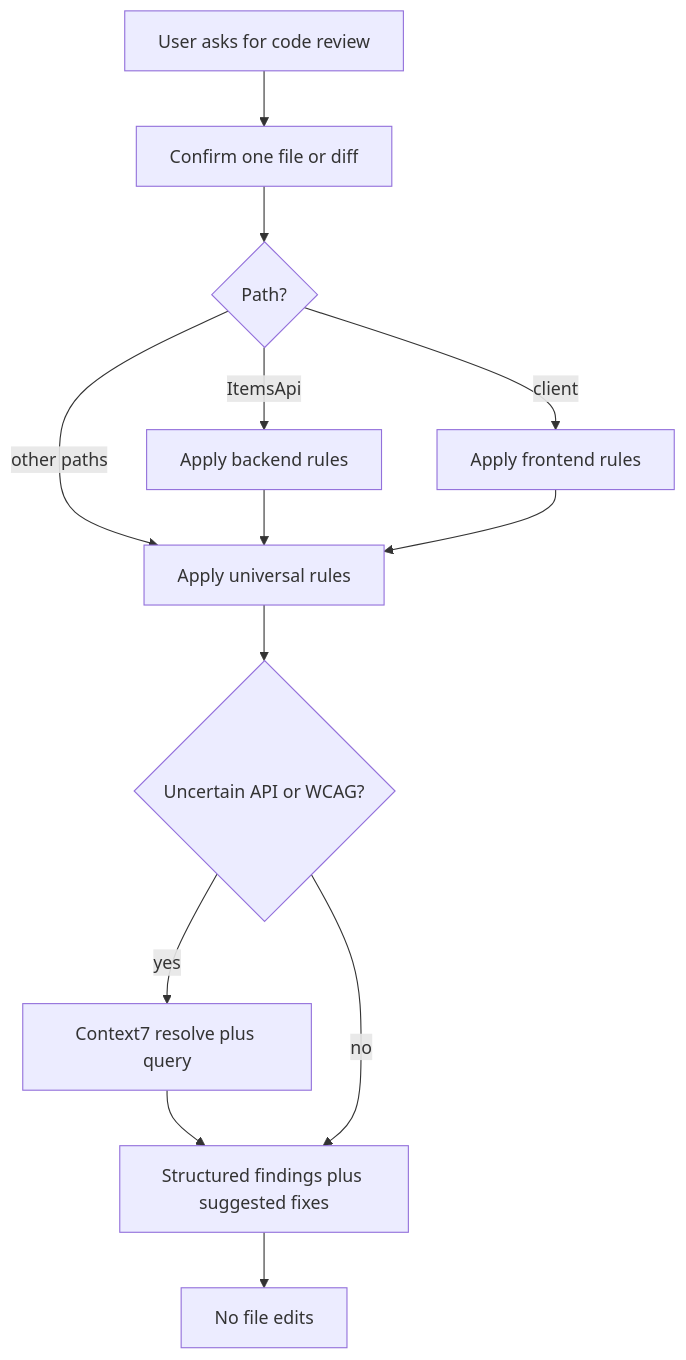
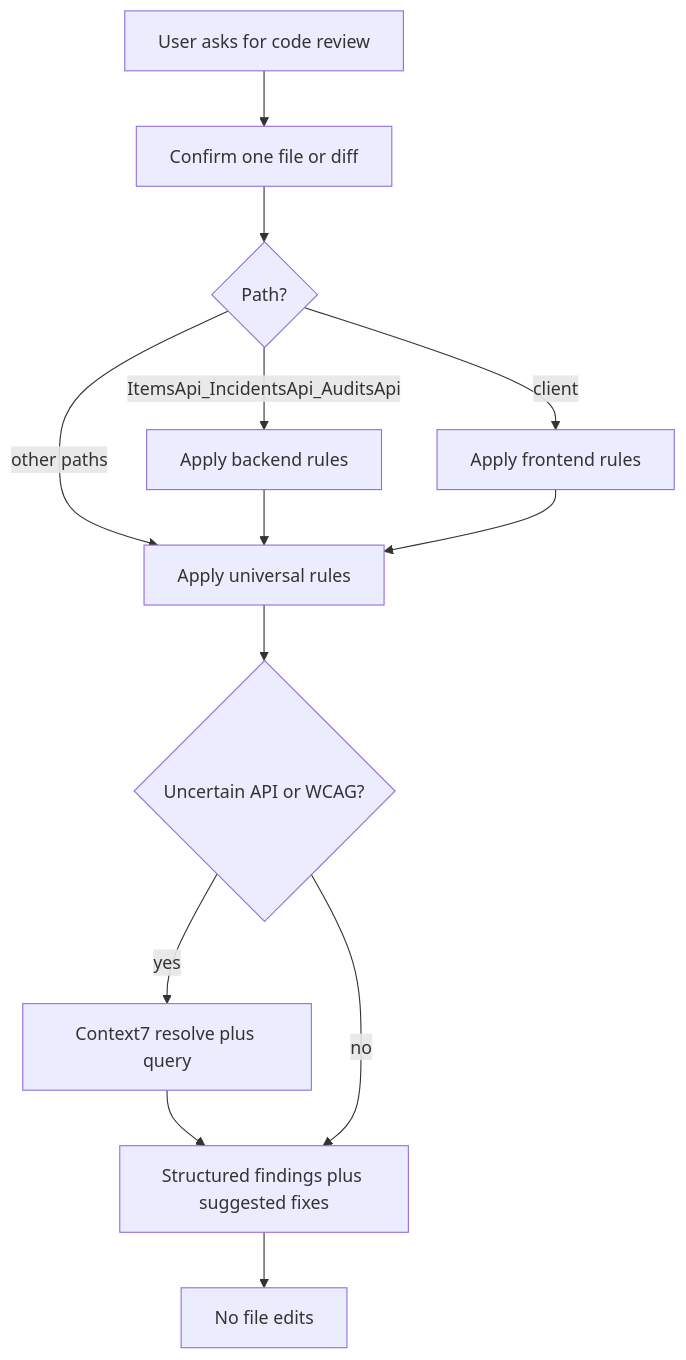
The diagram in .claude/skills/code-reviewer/SKILL.md (Collins1892/radar-practice), drawn with Mermaid before and after one commit. The commit also changed other lines of this file and 7 other files, not shown here.

First line of the commit message:
Sync agent skills and /review command with AuditsApi stack (#119)

````diff
--- a/.claude/skills/code-reviewer/SKILL.md
+++ b/.claude/skills/code-reviewer/SKILL.md
@@ -273,24 +279,24 @@
 ```mermaid
 flowchart TD
   trigger[User asks for code review]
   scope[Confirm one file or diff]
   classify{Path?}
   universal[Apply universal rules]
   backend[Apply backend rules]
   frontend[Apply frontend rules]
   context7{Uncertain API or WCAG?}
   docs[Context7 resolve plus query]
   report[Structured findings plus suggested fixes]
   noedit[No file edits]
 
   trigger --> scope --> classify
-  classify -->|ItemsApi| backend
+  classify -->|ItemsApi_IncidentsApi_AuditsApi| backend
   classify -->|client| frontend
   classify -->|other paths| universal
   backend --> universal
   frontend --> universal
   universal --> context7
   context7 -->|yes| docs --> report
   context7 -->|no| report
   report --> noedit
 ```
````
